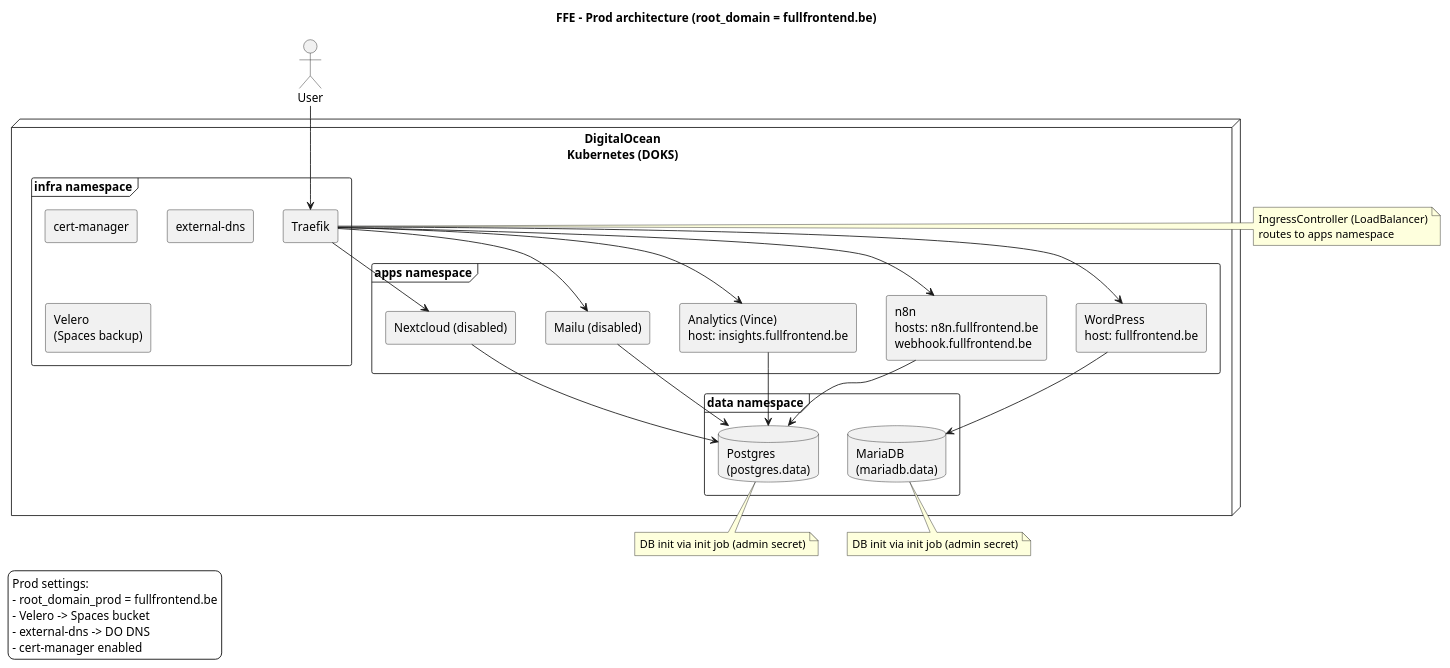
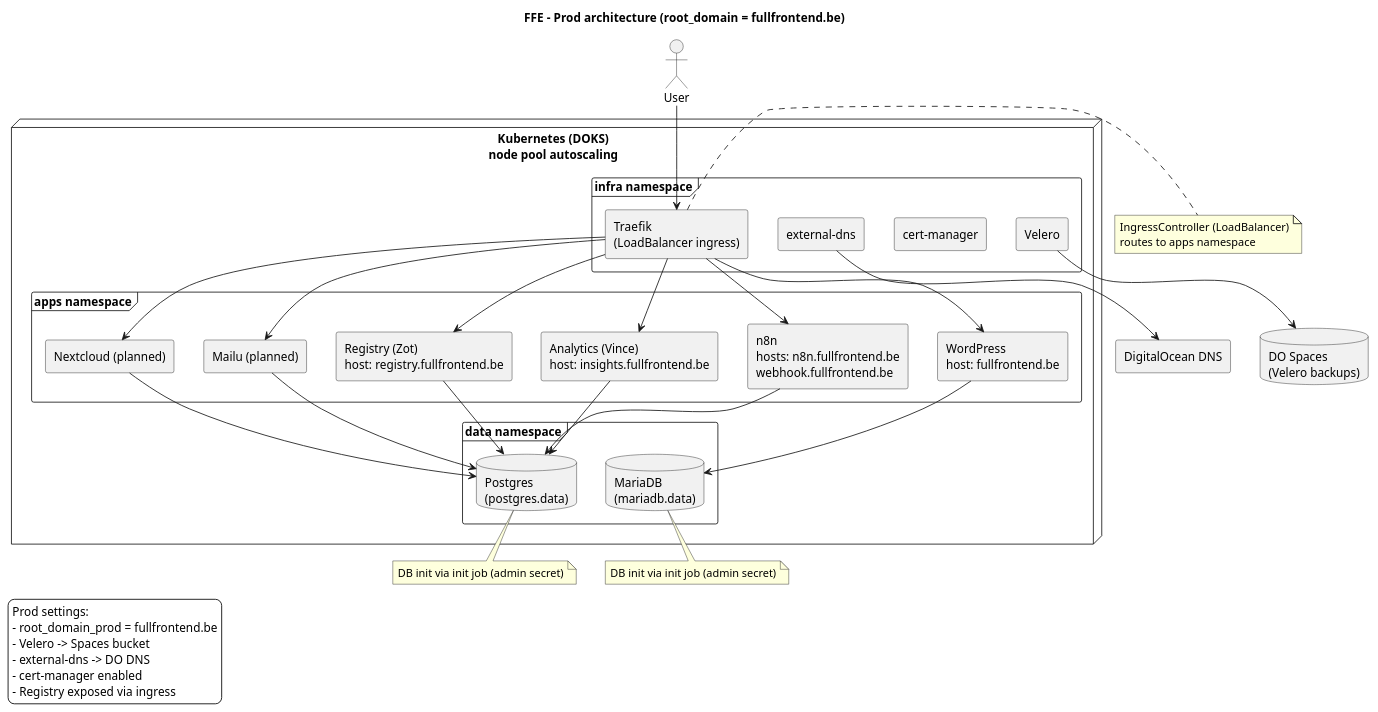
Before and after one commit to fullfrontend/FFE-Terraform: the diagram in docs/architecture-prod.puml, drawn with PlantUML. The commit also changed 1 other file, not shown here.

Commit message:
Documentation UML Schema Update

```diff
--- a/docs/architecture-prod.puml
+++ b/docs/architecture-prod.puml
@@ -1,65 +1,75 @@
 @startuml
 title FFE – Prod architecture (root_domain = fullfrontend.be)
 
 skinparam backgroundColor #ffffff
 skinparam componentStyle rectangle
 
 actor User
 
-node "DigitalOcean\nKubernetes (DOKS)" {
+rectangle "DigitalOcean DNS" as DODNS
+database "DO Spaces\n(Velero backups)" as Spaces
+
+node "Kubernetes (DOKS)\nnode pool autoscaling" {
   frame "infra namespace" {
-    component Traefik
+    component "Traefik\n(LoadBalancer ingress)" as Traefik
     component "cert-manager"
     component "external-dns"
-    component "Velero\n(Spaces backup)"
+    component "Velero"
   }
 
   frame "data namespace" {
     database "Postgres\n(postgres.data)" as Postgres
     database "MariaDB\n(mariadb.data)" as MariaDB
   }
 
   frame "apps namespace" {
     component "WordPress\nhost: fullfrontend.be" as WP
     component "n8n\nhosts: n8n.fullfrontend.be\nwebhook.fullfrontend.be" as N8N
     component "Analytics (Vince)\nhost: insights.fullfrontend.be" as Vince
-    component "Mailu (disabled)" as Mailu
-    component "Nextcloud (disabled)" as Nextcloud
+    component "Registry (Zot)\nhost: registry.fullfrontend.be" as Zot
+    component "Mailu (planned)" as Mailu
+    component "Nextcloud (planned)" as Nextcloud
   }
 }
 
 User --> Traefik
 Traefik --> WP
 Traefik --> N8N
 Traefik --> Vince
+Traefik --> Zot
 Traefik --> Mailu
 Traefik --> Nextcloud
 
 WP --> MariaDB
 N8N --> Postgres
 Vince --> Postgres
 Mailu --> Postgres
 Nextcloud --> Postgres
+Zot --> Postgres
+
+"external-dns" --> DODNS
+Velero --> Spaces
 
 note right of Traefik
 IngressController (LoadBalancer)
 routes to apps namespace
 end note
 
 note bottom of Postgres
 DB init via init job (admin secret)
 end note
 
 note bottom of MariaDB
 DB init via init job (admin secret)
 end note
 
 legend left
 Prod settings:
 - root_domain_prod = fullfrontend.be
 - Velero -> Spaces bucket
 - external-dns -> DO DNS
 - cert-manager enabled
+- Registry exposed via ingress
 endlegend
 
 @enduml
```
